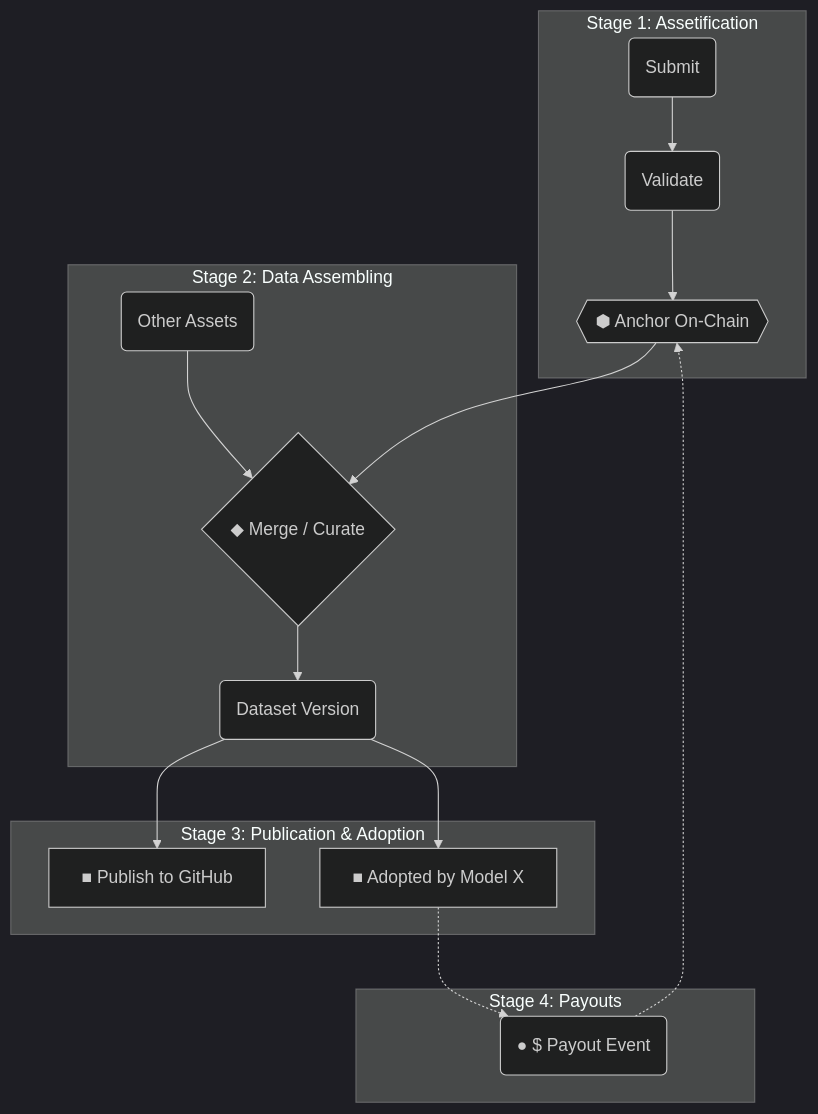
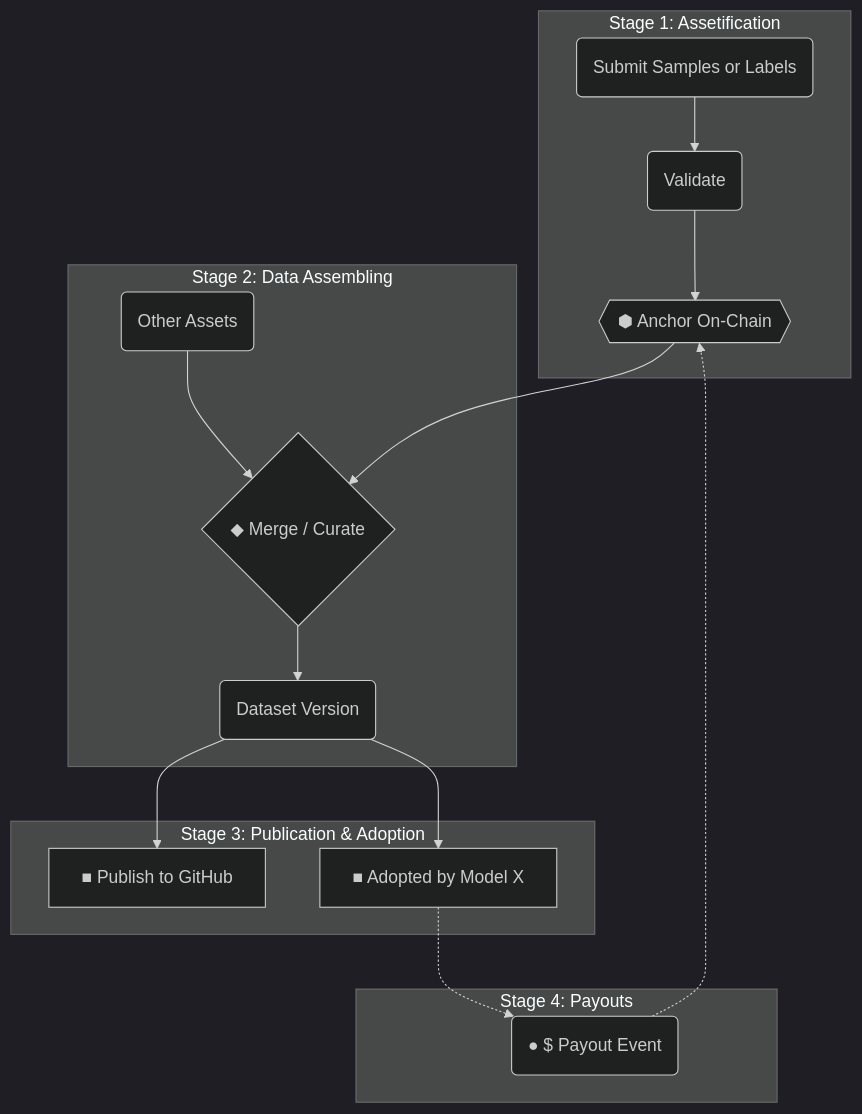
The diagram in cn/products/data-linage.mdx (codatta/mintlify-docs), drawn with Mermaid (dark theme) before and after one commit. The commit also changed other lines of this file and 5 other files, not shown here.

````diff
--- a/cn/products/data-linage.mdx
+++ b/cn/products/data-linage.mdx
@@ -15,25 +15,25 @@
 ```mermaid
 graph TB
     %% Data Lineage Flow
 
     subgraph Stage1 [Stage 1: Assetification]
-        S1(Submit) --> V1(Validate)
+        S1(Submit Samples or Labels) --> V1(Validate)
         V1 --> ANCHOR{{⬢ Anchor On-Chain}}
     end
 
     subgraph Stage2 [Stage 2: Data Assembling]
         ANCHOR --> M1{◆ Merge / Curate}
         ExtAsset(Other Assets) --> M1
         M1 --> DS(Dataset Version)
     end
 
     subgraph Stage3 [Stage 3: Publication & Adoption]
         DS --> PUB[■ Publish to GitHub]
         DS --> ADOPT[■ Adopted by Model X]
     end
 
     subgraph Stage4 [Stage 4: Payouts]
         ADOPT -.-> PAY(● $ Payout Event)
         PAY -..-> ANCHOR
     end
 ```
````
